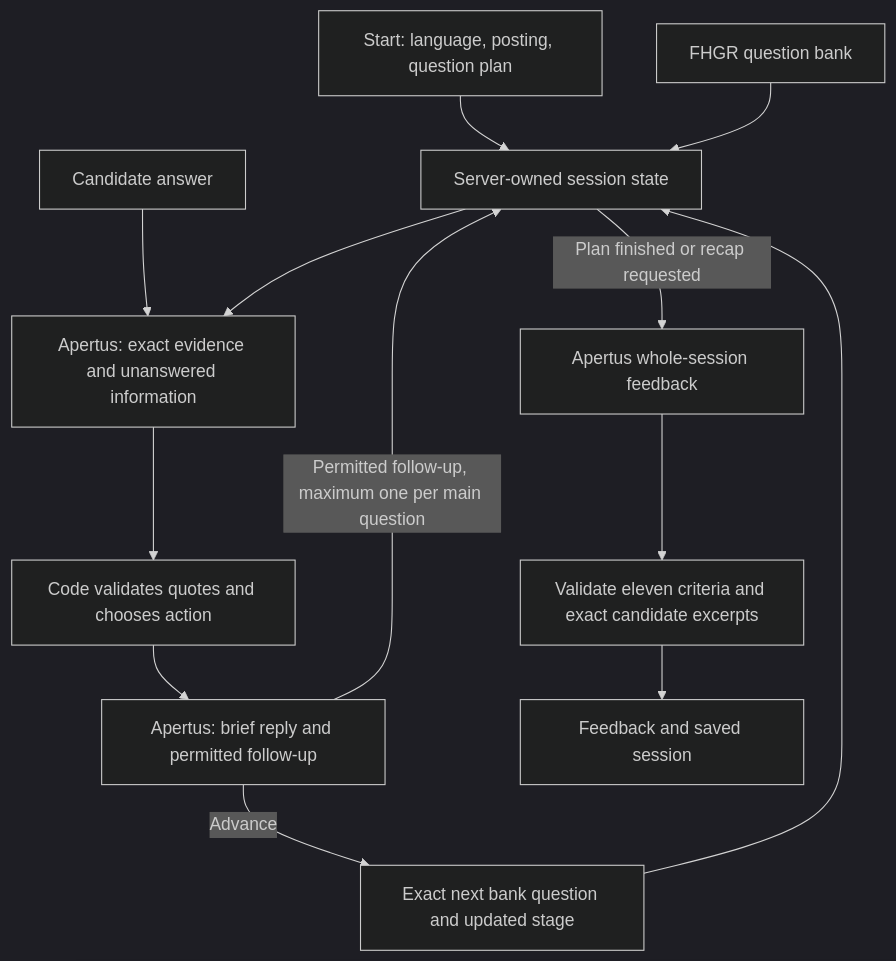
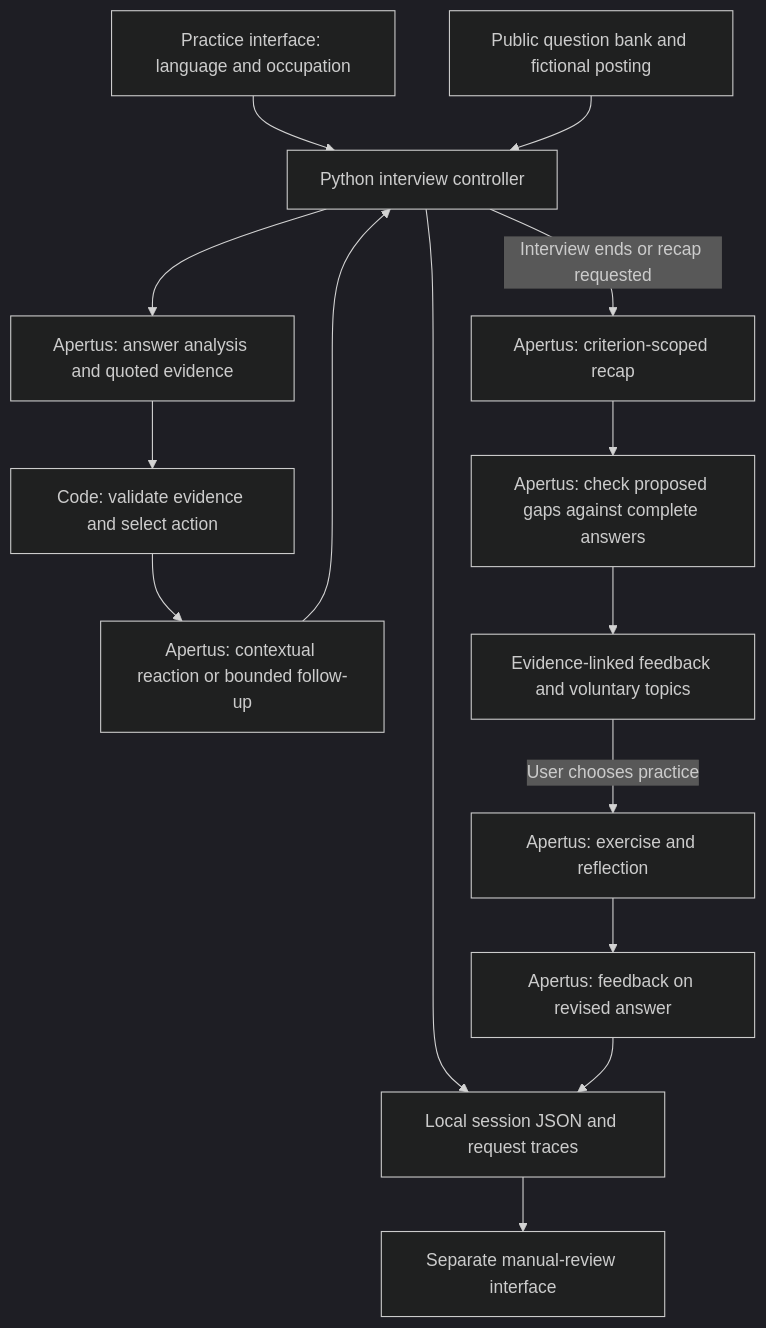
Before and after one commit to aliskin/apertus-interview-coach: the diagram in track_2a/technical_report.md, drawn with Mermaid (dark theme). The commit also changed other lines of this file and 5 other files, not shown here.

Commit message:
Document submission architecture evaluation and deployment

````diff
--- a/track_2a/technical_report.md
+++ b/track_2a/technical_report.md
@@ -11,15 +16,17 @@
 ```mermaid
 flowchart TD
-    Start[Start: language, posting, question plan] --> State[Server-owned session state]
-    Bank[FHGR question bank] --> State
-    Answer[Candidate answer] --> Analysis[Apertus: exact evidence and unanswered information]
-    State --> Analysis
-    Analysis --> Check[Code validates quotes and chooses action]
-    Check --> Speaker[Apertus: brief reply and permitted follow-up]
-    Speaker -->|Permitted follow-up, maximum one per main question| State
-    Speaker -->|Advance| Next[Exact next bank question and updated stage]
-    Next --> State
-    State -->|Plan finished or recap requested| Final[Apertus whole-session feedback]
-    Final --> Evidence[Validate eleven criteria and exact candidate excerpts]
-    Evidence --> Output[Feedback and saved session]
+    Browser[Practice interface: language and occupation] --> Controller[Python interview controller]
+    Bank[Public question bank and fictional posting] --> Controller
+    Controller --> Analysis[Apertus: answer analysis and quoted evidence]
+    Analysis --> Decision[Code: validate evidence and select action]
+    Decision --> Speaker[Apertus: contextual reaction or bounded follow-up]
+    Speaker --> Controller
+    Controller -->|Interview ends or recap requested| Evaluator[Apertus: criterion-scoped recap]
+    Evaluator --> Verifier[Apertus: check proposed gaps against complete answers]
+    Verifier --> Recap[Evidence-linked feedback and voluntary topics]
+    Recap -->|User chooses practice| Learning[Apertus: exercise and reflection]
+    Learning --> Revision[Apertus: feedback on revised answer]
+    Controller --> Storage[Local session JSON and request traces]
+    Revision --> Storage
+    Storage --> Review[Separate manual-review interface]
 ```
````
